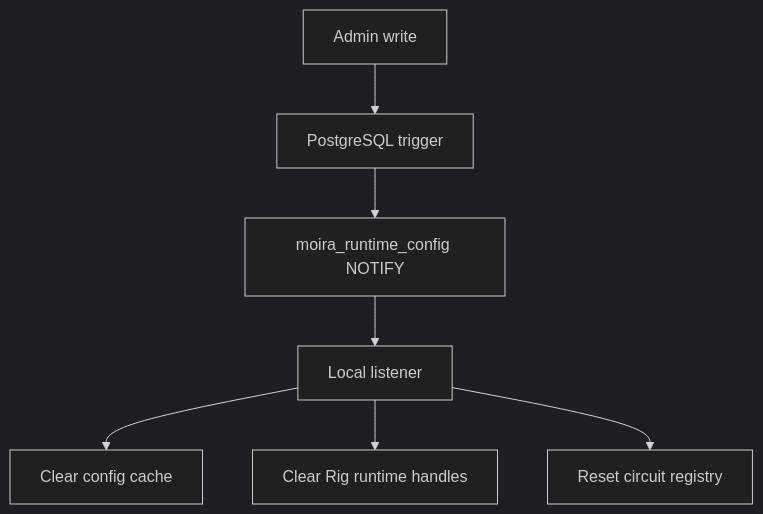
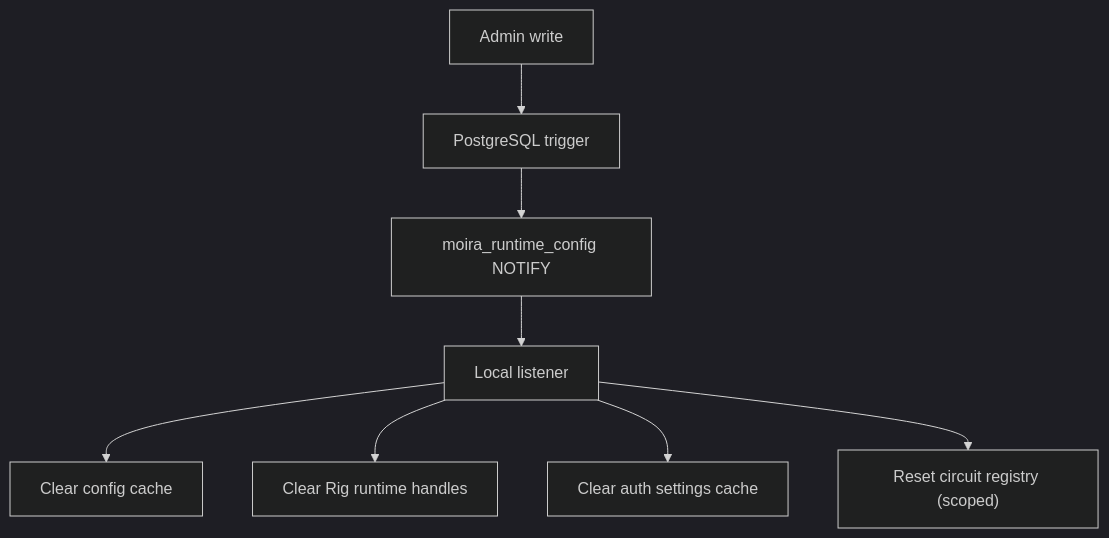
One commit to nurcahyo/moira changed the diagram in docs/runtime-cache-invalidation.md. Above: the diagram before and after it, drawn with Mermaid (dark theme). The commit also changed other lines of this file and 21 other files, not shown here.

First line of the commit message:
feat: admin-plane identity grants, identity HTTP surface, auth-settings cache

````diff
--- a/docs/runtime-cache-invalidation.md
+++ b/docs/runtime-cache-invalidation.md
@@ -16,9 +19,10 @@
 ```mermaid
 flowchart TD
     A["Admin write"] --> B["PostgreSQL trigger"]
     B --> C["moira_runtime_config NOTIFY"]
     C --> D["Local listener"]
     D --> E["Clear config cache"]
     D --> F["Clear Rig runtime handles"]
-    D --> G["Reset circuit registry"]
+    D --> G["Clear auth settings cache"]
+    D --> H["Reset circuit registry (scoped)"]
 ```
````
